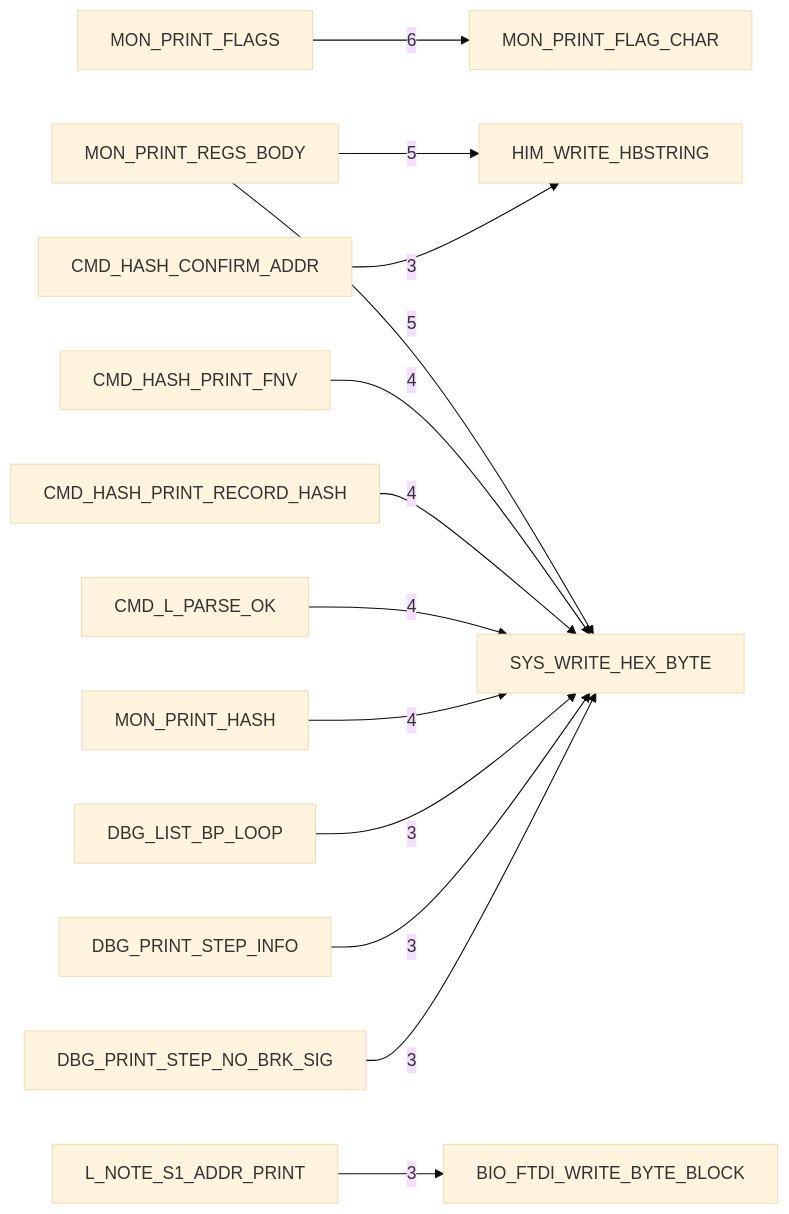
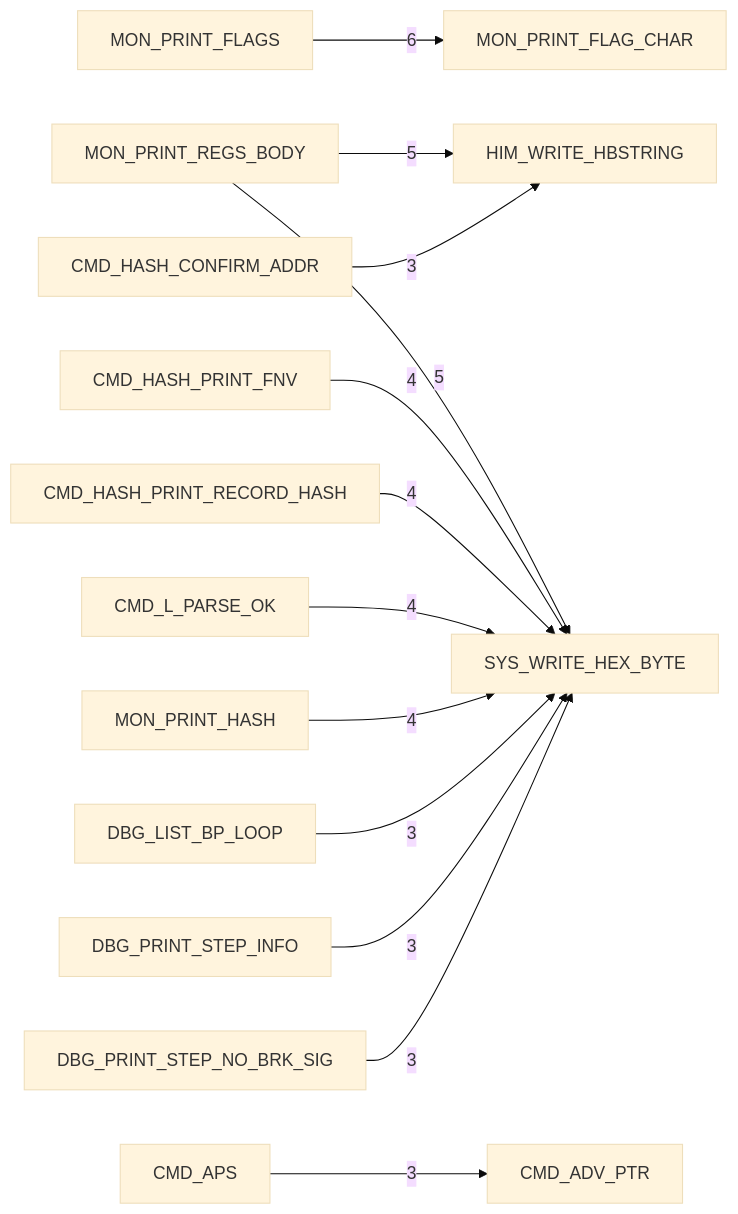
The second of 6 diagrams in DOC/GENERATED/HIMON_COMMAND_MAP.md (95westus/R-YORS), drawn with Mermaid (base theme) before and after one commit. The commit also changed other lines of this file and 25 other files, not shown here.

````diff
--- a/DOC/GENERATED/HIMON_COMMAND_MAP.md
+++ b/DOC/GENERATED/HIMON_COMMAND_MAP.md
@@ -24,15 +24,15 @@
 ```mermaid
 flowchart LR
     N_MON_PRINT_FLAGS[MON_PRINT_FLAGS] -->|6| N_MON_PRINT_FLAG_CHAR[MON_PRINT_FLAG_CHAR]
     N_MON_PRINT_REGS_BODY[MON_PRINT_REGS_BODY] -->|5| N_HIM_WRITE_HBSTRING[HIM_WRITE_HBSTRING]
     N_MON_PRINT_REGS_BODY[MON_PRINT_REGS_BODY] -->|5| N_SYS_WRITE_HEX_BYTE[SYS_WRITE_HEX_BYTE]
     N_CMD_HASH_PRINT_FNV[CMD_HASH_PRINT_FNV] -->|4| N_SYS_WRITE_HEX_BYTE[SYS_WRITE_HEX_BYTE]
     N_CMD_HASH_PRINT_RECORD_HASH[CMD_HASH_PRINT_RECORD_HASH] -->|4| N_SYS_WRITE_HEX_BYTE[SYS_WRITE_HEX_BYTE]
     N_CMD_L_PARSE_OK[CMD_L_PARSE_OK] -->|4| N_SYS_WRITE_HEX_BYTE[SYS_WRITE_HEX_BYTE]
     N_MON_PRINT_HASH[MON_PRINT_HASH] -->|4| N_SYS_WRITE_HEX_BYTE[SYS_WRITE_HEX_BYTE]
+    N_CMD_APS[CMD_APS] -->|3| N_CMD_ADV_PTR[CMD_ADV_PTR]
     N_CMD_HASH_CONFIRM_ADDR[CMD_HASH_CONFIRM_ADDR] -->|3| N_HIM_WRITE_HBSTRING[HIM_WRITE_HBSTRING]
     N_DBG_LIST_BP_LOOP[DBG_LIST_BP_LOOP] -->|3| N_SYS_WRITE_HEX_BYTE[SYS_WRITE_HEX_BYTE]
     N_DBG_PRINT_STEP_INFO[DBG_PRINT_STEP_INFO] -->|3| N_SYS_WRITE_HEX_BYTE[SYS_WRITE_HEX_BYTE]
     N_DBG_PRINT_STEP_NO_BRK_SIG[DBG_PRINT_STEP_NO_BRK_SIG] -->|3| N_SYS_WRITE_HEX_BYTE[SYS_WRITE_HEX_BYTE]
-    N_L_NOTE_S1_ADDR_PRINT[L_NOTE_S1_ADDR_PRINT] -->|3| N_BIO_FTDI_WRITE_BYTE_BLOCK[BIO_FTDI_WRITE_BYTE_BLOCK]
 ```
````
